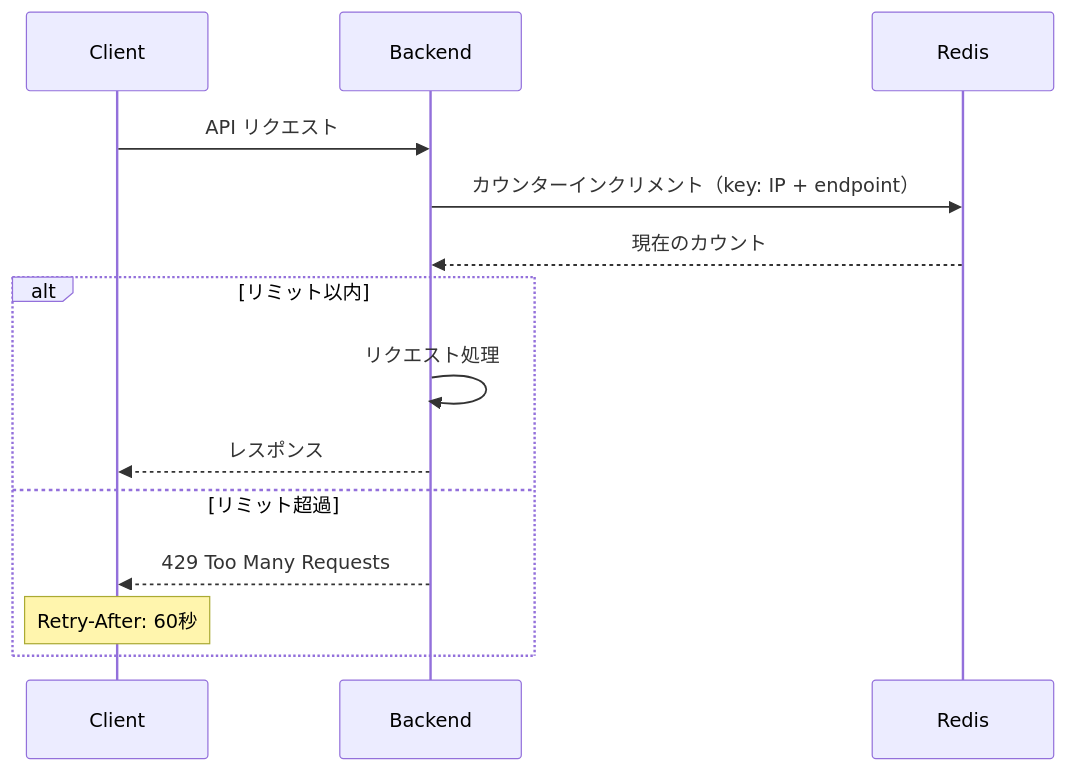
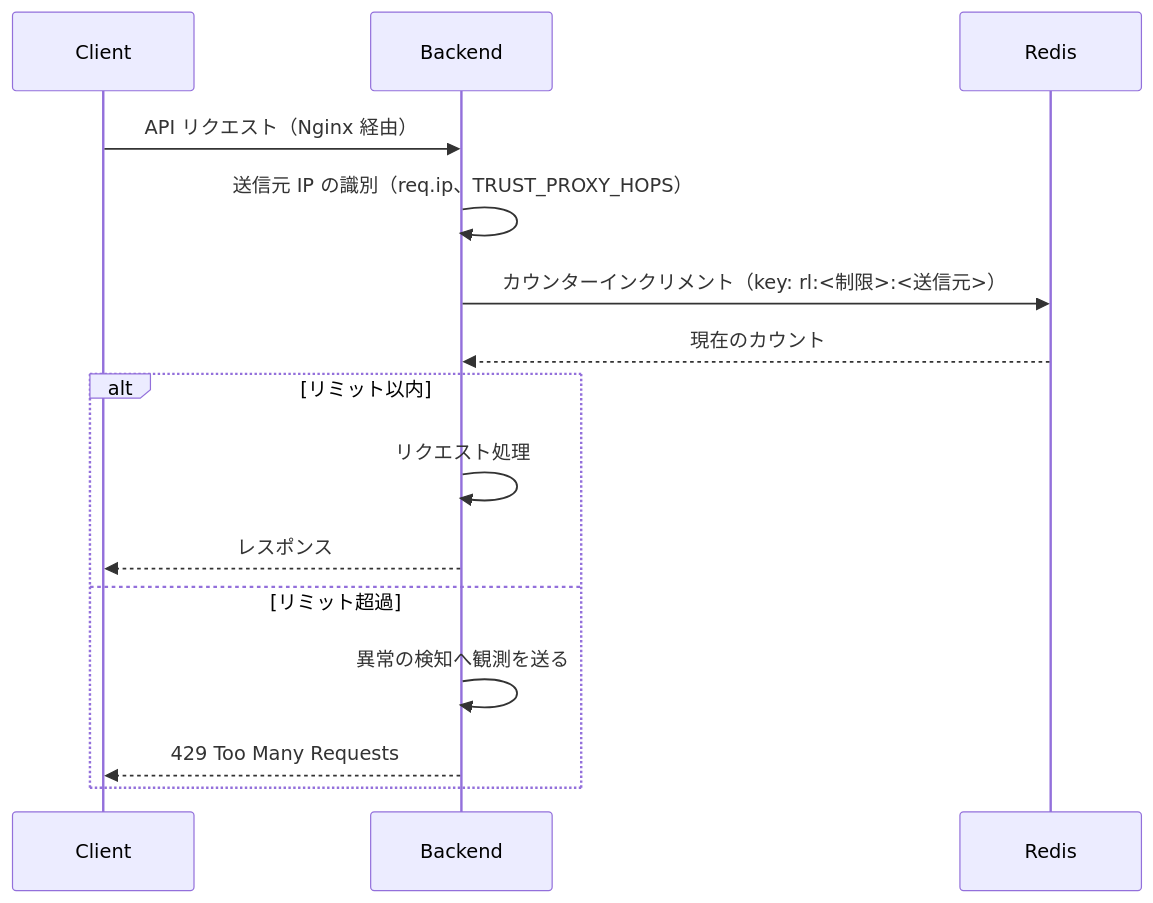
Before and after one commit to inakanou/ArchiTrack: the seventh of 8 diagrams in docs/architecture/data-flow.md, drawn with Mermaid. The commit also changed other lines of this file and 15 other files, not shown here.

````diff
--- a/docs/architecture/data-flow.md
+++ b/docs/architecture/data-flow.md
@@ -244,18 +317,19 @@
 ```mermaid
 sequenceDiagram
     participant Client
     participant Backend
     participant Redis
 
-    Client->>Backend: API リクエスト
-    Backend->>Redis: カウンターインクリメント（key: IP + endpoint）
+    Client->>Backend: API リクエスト（Nginx 経由）
+    Backend->>Backend: 送信元 IP の識別（req.ip、TRUST_PROXY_HOPS）
+    Backend->>Redis: カウンターインクリメント（key: rl:<制限>:<送信元>）
     Redis-->>Backend: 現在のカウント
 
     alt リミット以内
         Backend->>Backend: リクエスト処理
         Backend-->>Client: レスポンス
     else リミット超過
+        Backend->>Backend: 異常の検知へ観測を送る
         Backend-->>Client: 429 Too Many Requests
-        Note over Client: Retry-After: 60秒
     end
 ```
````
